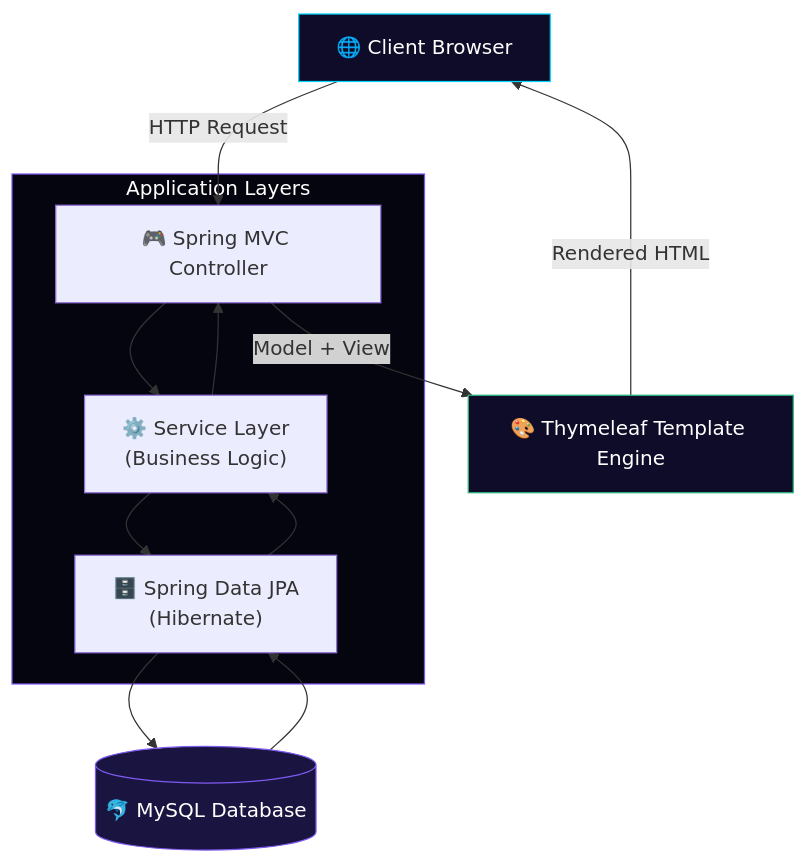
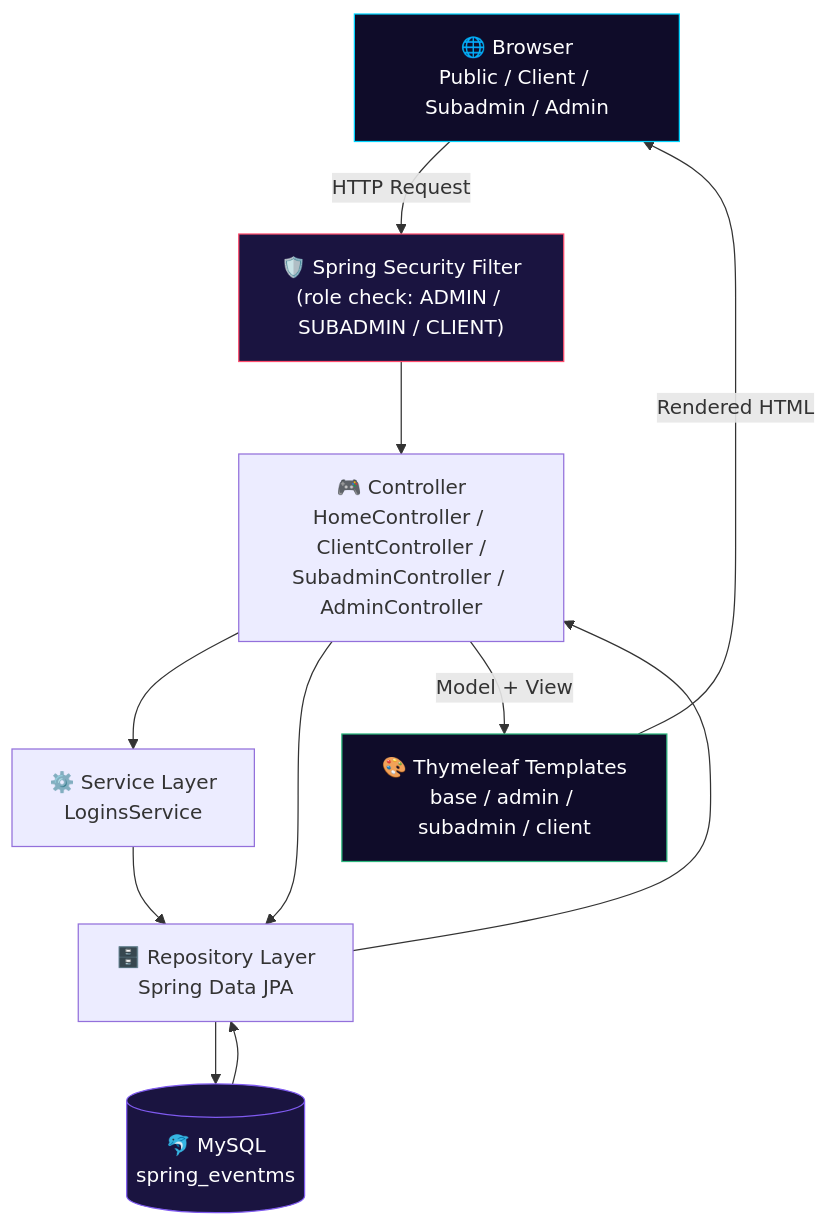
The diagram in README.md (Nesara29/Nesara), drawn with Mermaid before and after one commit. The commit also changed other lines of this file, not shown here.

````diff
--- a/README.md
+++ b/README.md
@@ -117,23 +129,18 @@
 ```mermaid
 flowchart TD
-    A["🌐 Client Browser"] -->|"HTTP Request"| B["🎮 Spring MVC Controller"]
-    B --> C["⚙️ Service Layer<br/>(Business Logic)"]
-    C --> D["🗄️ Spring Data JPA<br/>(Hibernate)"]
-    D --> E[("🐬 MySQL Database")]
-    E --> D
-    D --> C
-    C --> B
-    B -->|"Model + View"| F["🎨 Thymeleaf Template Engine"]
-    F -->|"Rendered HTML"| A
-
-    subgraph Layer["Application Layers"]
-        B
-        C
-        D
-    end
+    A["🌐 Browser<br/>Public / Client / Subadmin / Admin"] -->|"HTTP Request"| B["🛡️ Spring Security Filter<br/>(role check: ADMIN / SUBADMIN / CLIENT)"]
+    B --> C["🎮 Controller<br/>HomeController / ClientController /<br/>SubadminController / AdminController"]
+    C --> D["⚙️ Service Layer<br/>LoginsService"]
+    C --> E["🗄️ Repository Layer<br/>Spring Data JPA"]
+    D --> E
+    E --> F[("🐬 MySQL<br/>spring_eventms")]
+    F --> E
+    E --> C
+    C -->|"Model + View"| G["🎨 Thymeleaf Templates<br/>base / admin / subadmin / client"]
+    G -->|"Rendered HTML"| A
 
     style A fill:#0f0c29,stroke:#00d4ff,color:#ffffff
-    style F fill:#0f0c29,stroke:#2cb67d,color:#ffffff
-    style E fill:#1a1440,stroke:#7f5af0,color:#ffffff
-    style Layer fill:#05050f,stroke:#7f5af0,color:#ffffff
+    style B fill:#1a1440,stroke:#ff4d6d,color:#ffffff
+    style G fill:#0f0c29,stroke:#2cb67d,color:#ffffff
+    style F fill:#1a1440,stroke:#7f5af0,color:#ffffff
 ```
````
